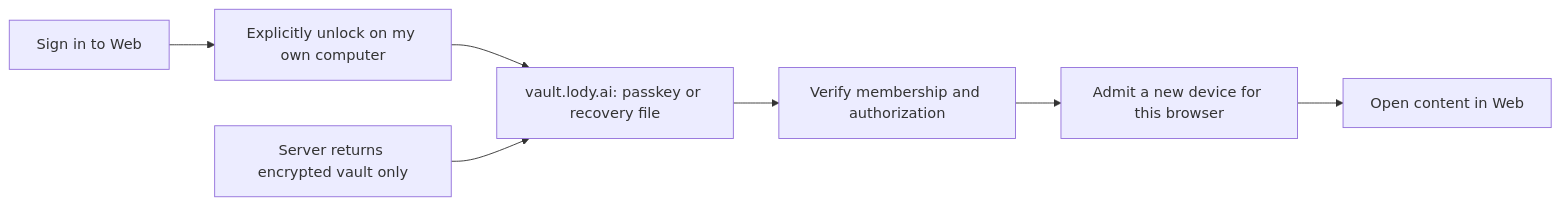
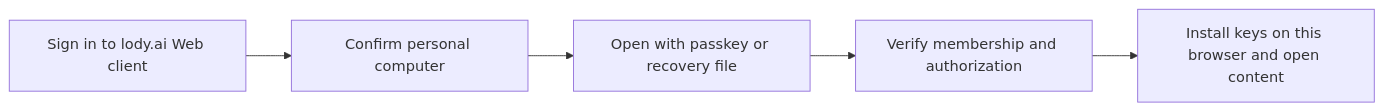
Before and after one commit to LodyAI/Lody: the diagram in specs/e2ee/client-custody.md, drawn with Mermaid. The commit also changed other lines of this file and 5 other files, not shown here.

First line of the commit message:
docs: revise web recovery RP and same-origin custody [risk:high]

````diff
--- a/specs/e2ee/client-custody.md
+++ b/specs/e2ee/client-custody.md
@@ -192,9 +186,7 @@
 ```mermaid
 flowchart LR
-  A[Sign in to Web] --> B[Explicitly unlock on my own computer]
-  B --> C[vault.lody.ai: passkey or recovery file]
-  S[Server returns encrypted vault only] --> C
+  A[Sign in to lody.ai Web client] --> B[Confirm personal computer]
+  B --> C[Open with passkey or recovery file]
   C --> D[Verify membership and authorization]
-  D --> E[Admit a new device for this browser]
-  E --> F[Open content in Web]
+  D --> E[Install keys on this browser and open content]
 ```
````
